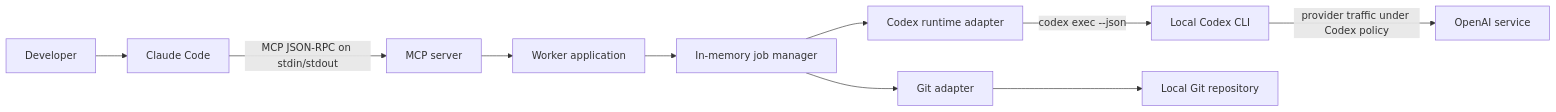
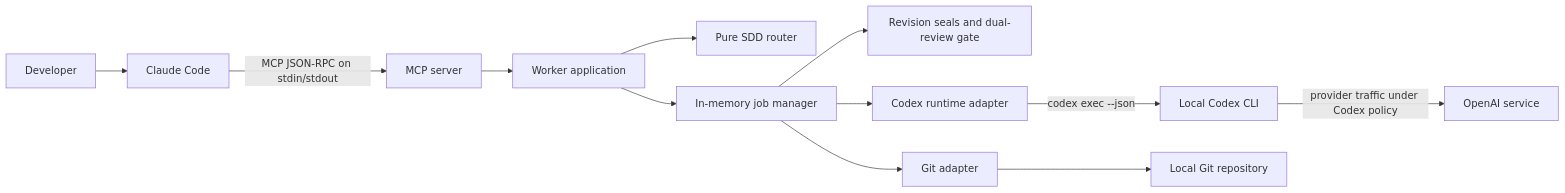
One commit to mohammad19974/bounded-relay changed the first of 3 diagrams in docs/architecture.md. Above: the diagram before and after it, drawn with Mermaid. The commit also changed other lines of this file and 118 other files, not shown here.

````diff
--- a/docs/architecture.md
+++ b/docs/architecture.md
@@ -21,12 +27,14 @@
 ```mermaid
 flowchart LR
     User[Developer] --> Claude[Claude Code]
     Claude -->|MCP JSON-RPC on stdin/stdout| MCP[MCP server]
     MCP --> App[Worker application]
+    App --> Router[Pure SDD router]
     App --> Jobs[In-memory job manager]
+    Jobs --> Reviews[Revision seals and dual-review gate]
     Jobs --> Runtime[Codex runtime adapter]
     Runtime -->|codex exec --json| Codex[Local Codex CLI]
     Codex -->|provider traffic under Codex policy| OpenAI[OpenAI service]
     Jobs --> Git[Git adapter]
     Git --> Repo[Local Git repository]
 ```
````
